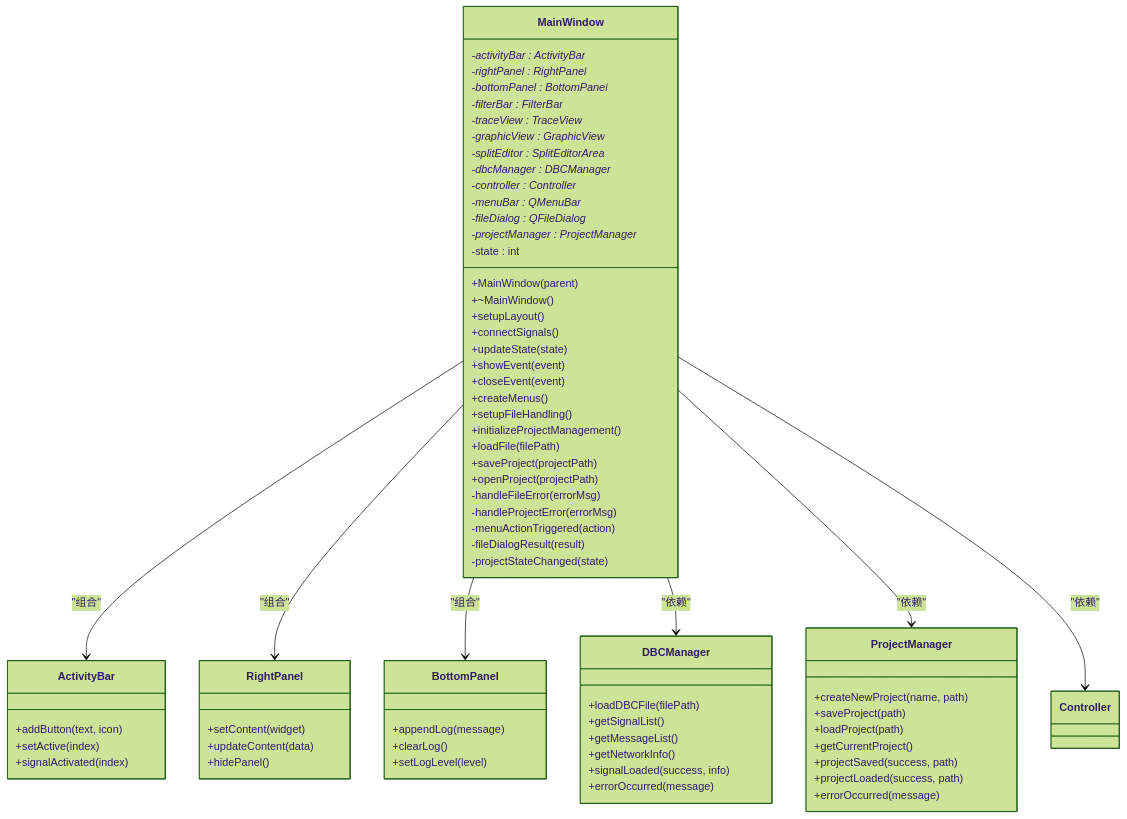
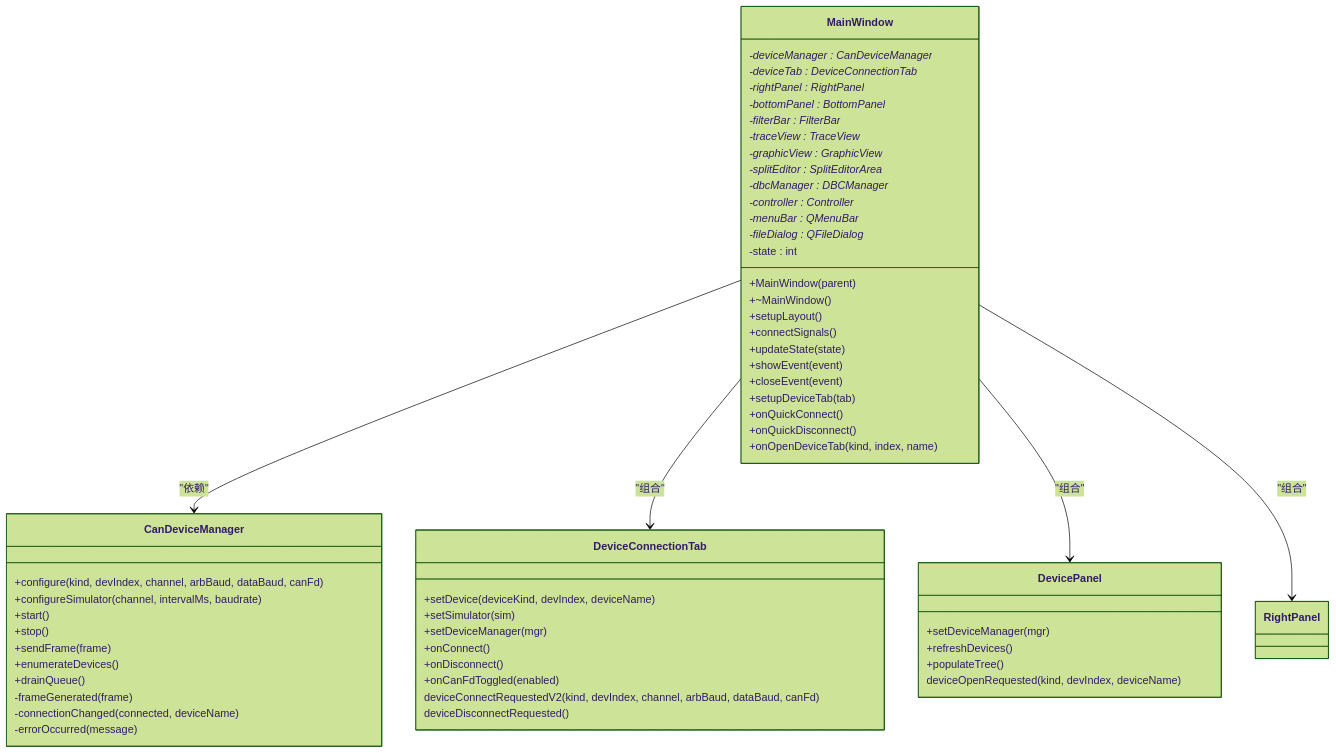
One commit to jakecai1225-design/OpenBus changed the third of 7 diagrams in .qoder/repowiki/zh/content/核心模块详解/主窗口组件.md. Above: the diagram before and after it, drawn with Mermaid (forest theme). The commit also changed other lines of this file and 16 other files, not shown here.

````diff
--- a/.qoder/repowiki/zh/content/核心模块详解/主窗口组件.md
+++ b/.qoder/repowiki/zh/content/核心模块详解/主窗口组件.md
@@ -191,74 +181,61 @@
 ```mermaid
 classDiagram
 class MainWindow {
 +MainWindow(parent)
 +~MainWindow()
 +setupLayout()
 +connectSignals()
 +updateState(state)
 +showEvent(event)
 +closeEvent(event)
-+createMenus()
-+setupFileHandling()
-+initializeProjectManagement()
-+loadFile(filePath)
-+saveProject(projectPath)
-+openProject(projectPath)
--handleFileError(errorMsg)
--handleProjectError(errorMsg)
--menuActionTriggered(action)
--fileDialogResult(result)
--projectStateChanged(state)
--activityBar : ActivityBar*
++setupDeviceTab(tab)
++onQuickConnect()
++onQuickDisconnect()
++onOpenDeviceTab(kind, index, name)
+-deviceManager : CanDeviceManager*
+-deviceTab : DeviceConnectionTab*
 -rightPanel : RightPanel*
 -bottomPanel : BottomPanel*
 -filterBar : FilterBar*
 -traceView : TraceView*
 -graphicView : GraphicView*
 -splitEditor : SplitEditorArea*
 -dbcManager : DBCManager*
 -controller : Controller*
 -menuBar : QMenuBar*
 -fileDialog : QFileDialog*
--projectManager : ProjectManager*
 -state : int
 }
-class ProjectManager {
-+createNewProject(name, path)
-+saveProject(path)
-+loadProject(path)
-+getCurrentProject()
-+projectSaved(success, path)
-+projectLoaded(success, path)
-+errorOccurred(message)
+class CanDeviceManager {
++configure(kind, devIndex, channel, arbBaud, dataBaud, canFd)
++configureSimulator(channel, intervalMs, baudrate)
++start()
++stop()
++sendFrame(frame)
++enumerateDevices()
++drainQueue()
+-frameGenerated(frame)
+-connectionChanged(connected, deviceName)
+-errorOccurred(message)
 }
-class DBCManager {
-+loadDBCFile(filePath)
-+getSignalList()
-+getMessageList()
-+getNetworkInfo()
-+signalLoaded(success, info)
-+errorOccurred(message)
+class DeviceConnectionTab {
++setDevice(deviceKind, devIndex, deviceName)
++setSimulator(sim)
++setDeviceManager(mgr)
++onConnect()
++onDisconnect()
++onCanFdToggled(enabled)
+deviceConnectRequestedV2(kind, devIndex, channel, arbBaud, dataBaud, canFd)
+deviceDisconnectRequested()
 }
-class ActivityBar {
-+addButton(text, icon)
-+setActive(index)
-+signalActivated(index)
+class DevicePanel {
++setDeviceManager(mgr)
++refreshDevices()
++populateTree()
+deviceOpenRequested(kind, devIndex, deviceName)
 }
-class RightPanel {
-+setContent(widget)
-+updateContent(data)
-+hidePanel()
-}
-class BottomPanel {
-+appendLog(message)
-+clearLog()
-+setLogLevel(level)
-}
-MainWindow --> ActivityBar : "组合"
+MainWindow --> CanDeviceManager : "依赖"
+MainWindow --> DeviceConnectionTab : "组合"
+MainWindow --> DevicePanel : "组合"
 MainWindow --> RightPanel : "组合"
-MainWindow --> BottomPanel : "组合"
-MainWindow --> DBCManager : "依赖"
-MainWindow --> ProjectManager : "依赖"
-MainWindow --> Controller : "依赖"
 ```
````
